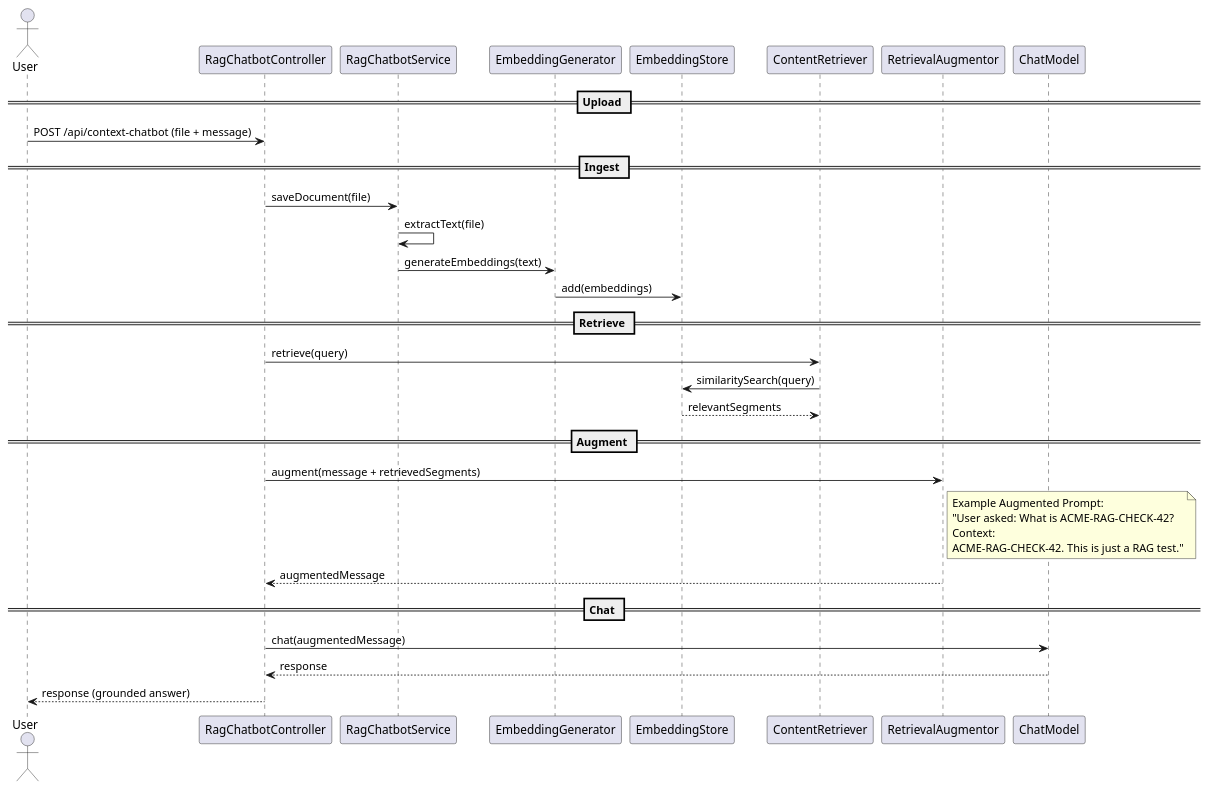
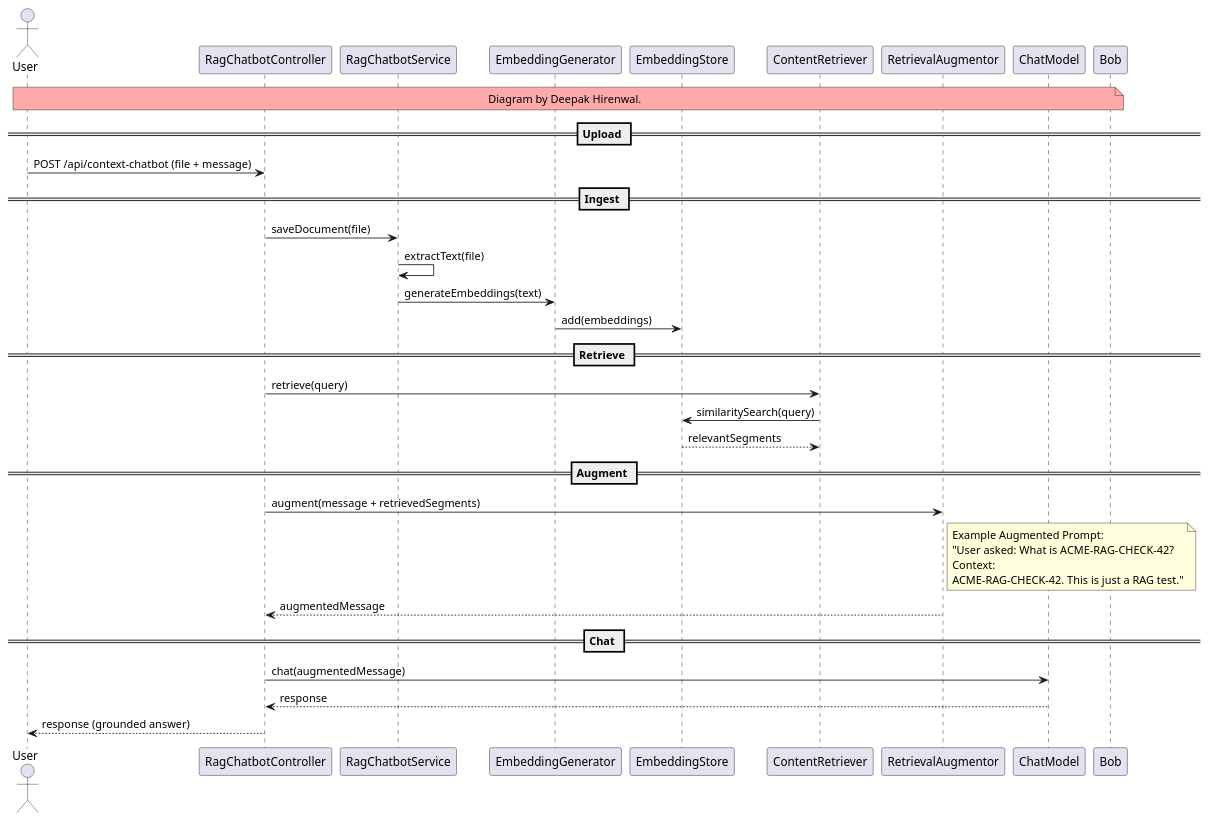
Before and after one commit to devmahadev/rag-chatbot-springboot-langchain4j-azure-openai: the diagram in src/main/resources/plantUMLDiagrams/RAGImplSequenceDiagram.puml, drawn with PlantUML. The commit also changed 1 other file, not shown here.

Commit message:
- updated plantUMl diagram

```diff
--- a/src/main/resources/plantUMLDiagrams/RAGImplSequenceDiagram.puml
+++ b/src/main/resources/plantUMLDiagrams/RAGImplSequenceDiagram.puml
@@ -1,39 +1,41 @@
 @startuml
 actor User
 participant RagChatbotController
 participant RagChatbotService
 participant EmbeddingGenerator
 participant EmbeddingStore
 participant ContentRetriever
 participant RetrievalAugmentor
 participant ChatModel
+
+note over User, Bob #FFAAAA:   Diagram by Deepak Hirenwal.
 
 == Upload ==
 User -> RagChatbotController: POST /api/context-chatbot (file + message)
 
 == Ingest ==
 RagChatbotController -> RagChatbotService: saveDocument(file)
 RagChatbotService -> RagChatbotService: extractText(file)
 RagChatbotService -> EmbeddingGenerator: generateEmbeddings(text)
 EmbeddingGenerator -> EmbeddingStore: add(embeddings)
 
 == Retrieve ==
 RagChatbotController -> ContentRetriever: retrieve(query)
 ContentRetriever -> EmbeddingStore: similaritySearch(query)
 EmbeddingStore --> ContentRetriever: relevantSegments
 
 == Augment ==
 RagChatbotController -> RetrievalAugmentor: augment(message + retrievedSegments)
 note right of RetrievalAugmentor
 Example Augmented Prompt:
 "User asked: What is ACME-RAG-CHECK-42?
 Context:
 ACME-RAG-CHECK-42. This is just a RAG test."
 end note
 RetrievalAugmentor --> RagChatbotController: augmentedMessage
 
 == Chat ==
 RagChatbotController -> ChatModel: chat(augmentedMessage)
 ChatModel --> RagChatbotController: response
 RagChatbotController --> User: response (grounded answer)
 @enduml
```
